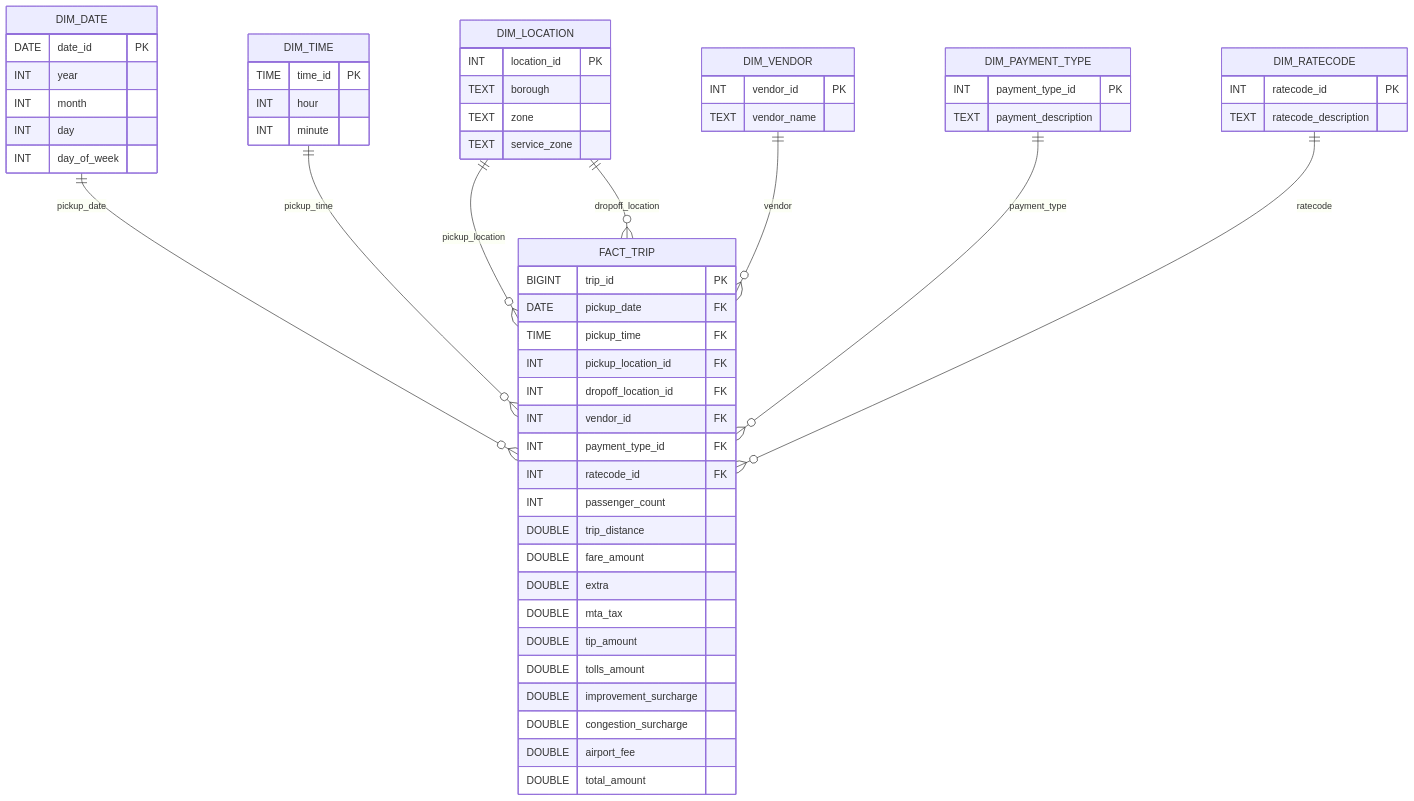
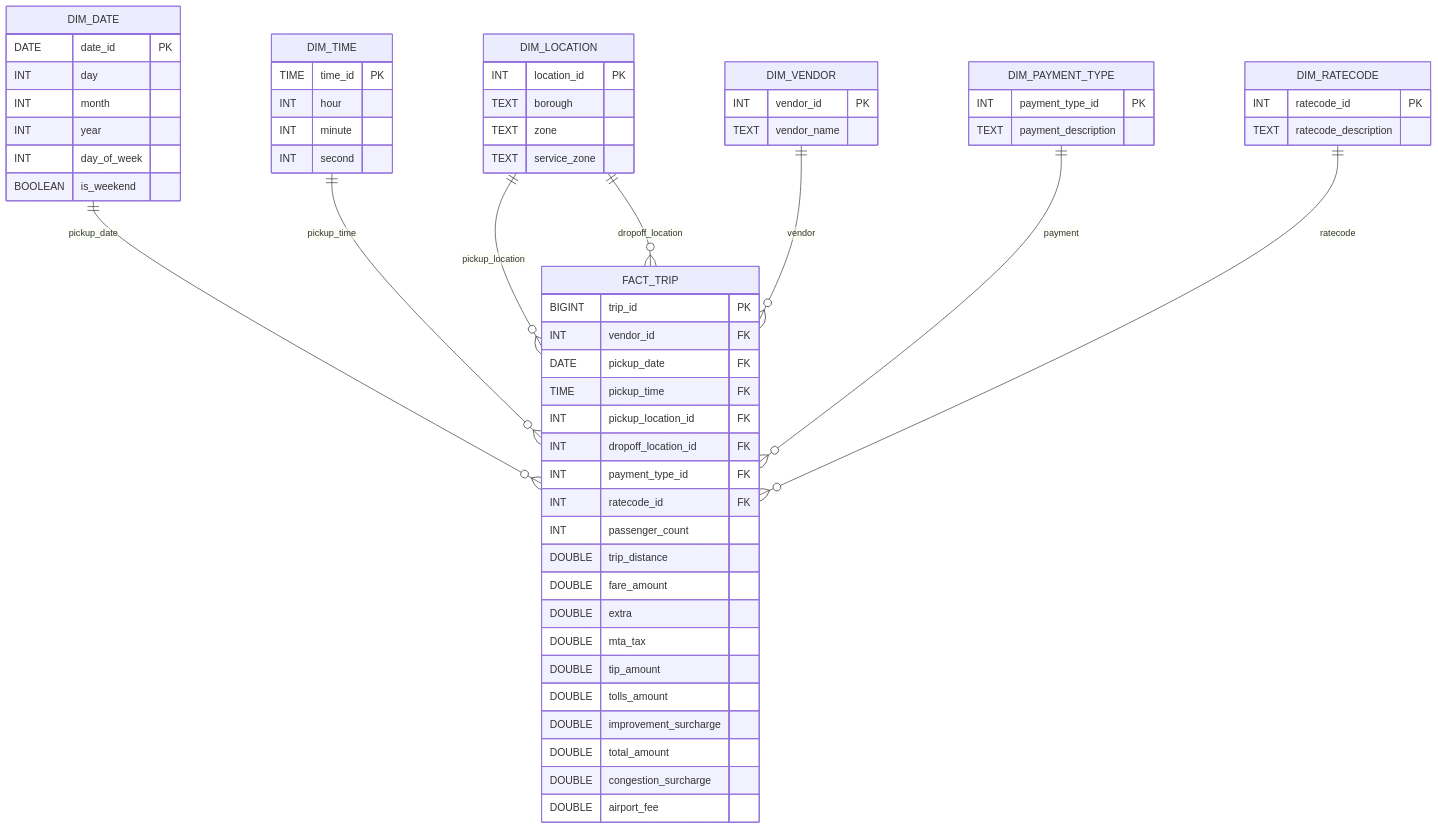
Before and after one commit to AhmedMaaouia1/nyc-taxi-bigdata-pipeline: the diagram in ex03_sql_table_creation/diagramme.mmd, drawn with Mermaid. The commit also changed 25 other files, not shown here.

```diff
--- a/ex03_sql_table_creation/diagramme.mmd
+++ b/ex03_sql_table_creation/diagramme.mmd
@@ -1,74 +1,69 @@
 erDiagram
+
+    FACT_TRIP {
+        BIGINT trip_id PK
+        INT vendor_id FK
+        DATE pickup_date FK
+        TIME pickup_time FK
+        INT pickup_location_id FK
+        INT dropoff_location_id FK
+        INT payment_type_id FK
+        INT ratecode_id FK
+        INT passenger_count
+        DOUBLE trip_distance
+        DOUBLE fare_amount
+        DOUBLE extra
+        DOUBLE mta_tax
+        DOUBLE tip_amount
+        DOUBLE tolls_amount
+        DOUBLE improvement_surcharge
+        DOUBLE total_amount
+        DOUBLE congestion_surcharge
+        DOUBLE airport_fee
+    }
 
     DIM_DATE {
         DATE date_id PK
+        INT day
+        INT month
         INT year
-        INT month
-        INT day
         INT day_of_week
+        BOOLEAN is_weekend
     }
 
     DIM_TIME {
         TIME time_id PK
         INT hour
         INT minute
+        INT second
     }
 
     DIM_LOCATION {
         INT location_id PK
         TEXT borough
         TEXT zone
         TEXT service_zone
     }
 
     DIM_VENDOR {
         INT vendor_id PK
         TEXT vendor_name
     }
 
     DIM_PAYMENT_TYPE {
         INT payment_type_id PK
         TEXT payment_description
     }
 
     DIM_RATECODE {
         INT ratecode_id PK
         TEXT ratecode_description
     }
 
-    FACT_TRIP {
-        BIGINT trip_id PK
-
-        DATE pickup_date FK
-        TIME pickup_time FK
-
-        INT pickup_location_id FK
-        INT dropoff_location_id FK
-
-        INT vendor_id FK
-        INT payment_type_id FK
-        INT ratecode_id FK
-
-        INT passenger_count
-        DOUBLE trip_distance
-
-        DOUBLE fare_amount
-        DOUBLE extra
-        DOUBLE mta_tax
-        DOUBLE tip_amount
-        DOUBLE tolls_amount
-        DOUBLE improvement_surcharge
-        DOUBLE congestion_surcharge
-        DOUBLE airport_fee
-        DOUBLE total_amount
-    }
-
-    DIM_DATE ||--o{ FACT_TRIP : pickup_date
-    DIM_TIME ||--o{ FACT_TRIP : pickup_time
-
-    DIM_LOCATION ||--o{ FACT_TRIP : pickup_location
-    DIM_LOCATION ||--o{ FACT_TRIP : dropoff_location
-
-    DIM_VENDOR ||--o{ FACT_TRIP : vendor
-    DIM_PAYMENT_TYPE ||--o{ FACT_TRIP : payment_type
-    DIM_RATECODE ||--o{ FACT_TRIP : ratecode
+    DIM_DATE ||--o{ FACT_TRIP : "pickup_date"
+    DIM_TIME ||--o{ FACT_TRIP : "pickup_time"
+    DIM_LOCATION ||--o{ FACT_TRIP : "pickup_location"
+    DIM_LOCATION ||--o{ FACT_TRIP : "dropoff_location"
+    DIM_VENDOR ||--o{ FACT_TRIP : "vendor"
+    DIM_PAYMENT_TYPE ||--o{ FACT_TRIP : "payment"
+    DIM_RATECODE ||--o{ FACT_TRIP : "ratecode"
```
